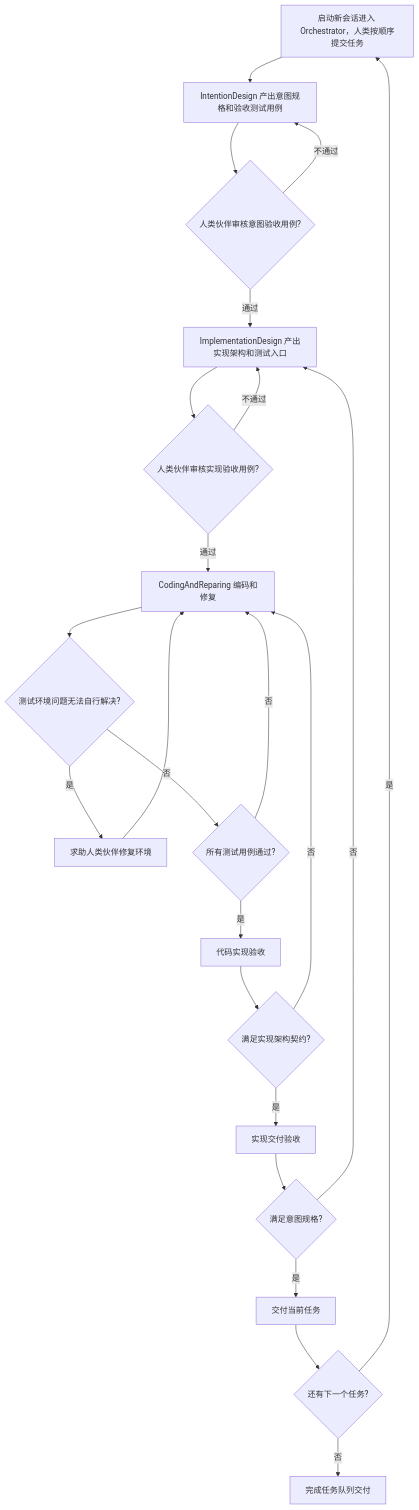
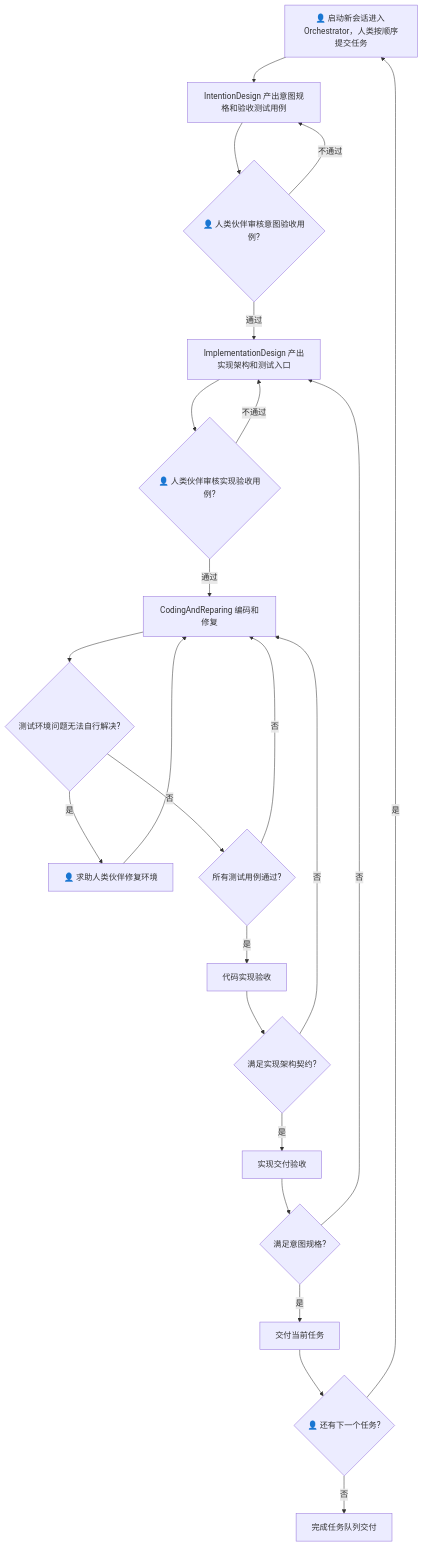
The second of 5 diagrams in README.md (derekhu0002/Argo), drawn with Mermaid before and after one commit. The commit also changed other lines of this file, not shown here.

````diff
--- a/README.md
+++ b/README.md
@@ -74,25 +74,25 @@
 ```mermaid
 flowchart TD
-    A[启动新会话进入 Orchestrator，人类按顺序提交任务] --> G[IntentionDesign 产出意图规格和验收测试用例]
-    G --> H{人类伙伴审核意图验收用例?}
+    A[👤 启动新会话进入 Orchestrator，人类按顺序提交任务] --> G[IntentionDesign 产出意图规格和验收测试用例]
+    G --> H{👤 人类伙伴审核意图验收用例?}
     H -- 不通过 --> G
     H -- 通过 --> I[ImplementationDesign 产出实现架构和测试入口]
-    I --> J{人类伙伴审核实现验收用例?}
+    I --> J{👤 人类伙伴审核实现验收用例?}
     J -- 不通过 --> I
     J -- 通过 --> K[CodingAndReparing 编码和修复]
     K --> L{测试环境问题无法自行解决?}
-    L -- 是 --> M[求助人类伙伴修复环境]
+    L -- 是 --> M[👤 求助人类伙伴修复环境]
     M --> K
     L -- 否 --> N{所有测试用例通过?}
     N -- 否 --> K
     N -- 是 --> O[代码实现验收]
     O --> P{满足实现架构契约?}
     P -- 否 --> K
     P -- 是 --> Q[实现交付验收]
     Q --> R{满足意图规格?}
     R -- 否 --> I
     R -- 是 --> S[交付当前任务]
-    S --> T{还有下一个任务?}
+    S --> T{👤 还有下一个任务?}
     T -- 是 --> A
     T -- 否 --> U[完成任务队列交付]
 ```
````
